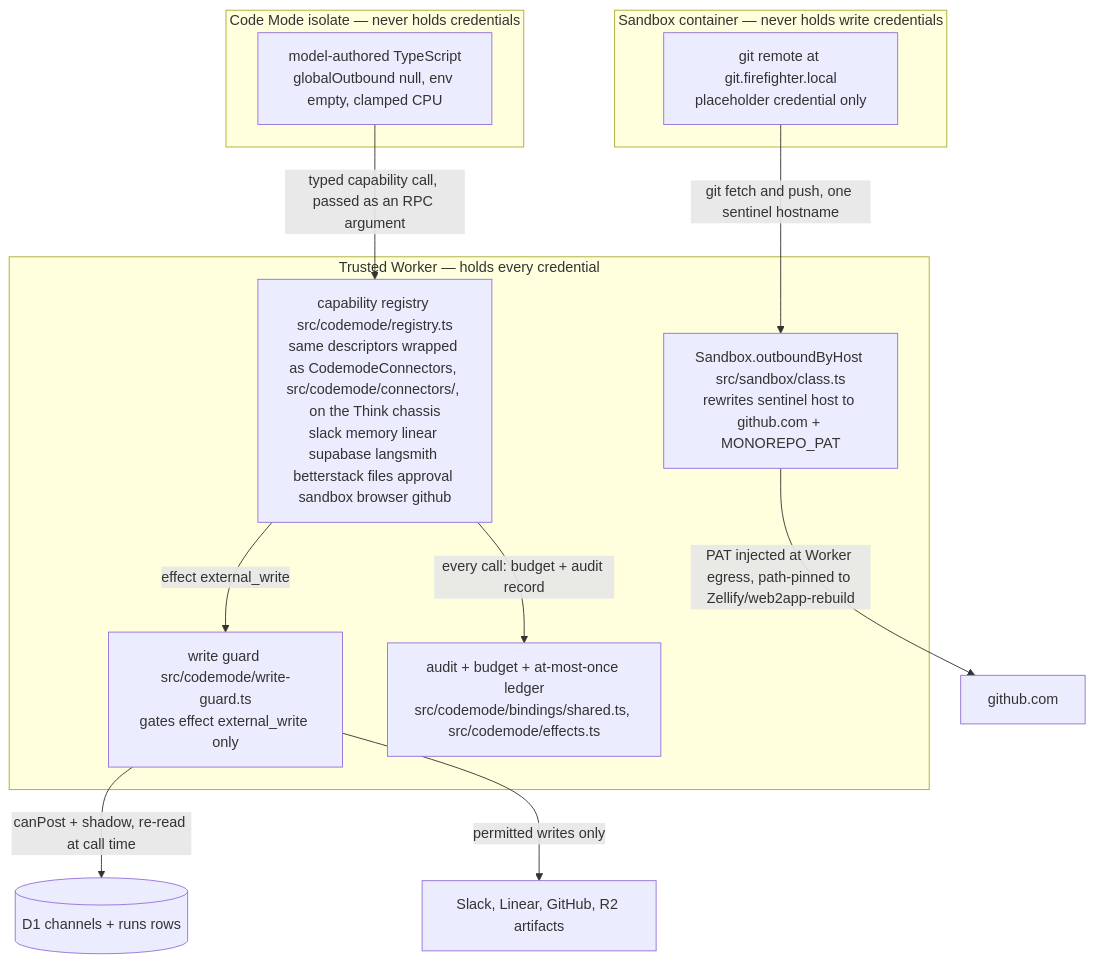
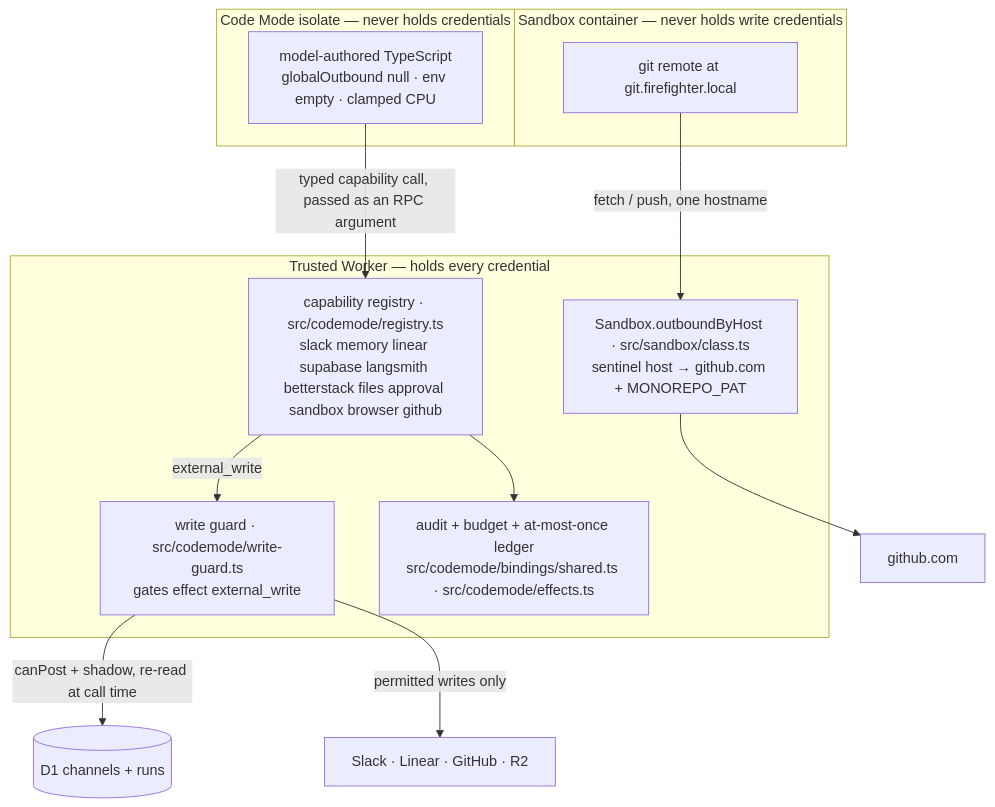
The third of 3 diagrams in README.md (sayandedotcom/ai-slack-bot), drawn with Mermaid before and after one commit. The commit also changed other lines of this file, not shown here.

````diff
--- a/README.md
+++ b/README.md
@@ -184,22 +102,22 @@
 ```mermaid
 flowchart TB
   subgraph WORKER["Trusted Worker — holds every credential"]
-    REG["capability registry src/codemode/registry.ts<br/>same descriptors wrapped as CodemodeConnectors, src/codemode/connectors/, on the Think chassis<br/>slack memory linear supabase langsmith betterstack files approval sandbox browser github"]
-    GUARD["write guard src/codemode/write-guard.ts<br/>gates effect external_write only"]
-    LEDGER["audit + budget + at-most-once ledger<br/>src/codemode/bindings/shared.ts, src/codemode/effects.ts"]
-    SWAP["Sandbox.outboundByHost src/sandbox/class.ts<br/>rewrites sentinel host to github.com + MONOREPO_PAT"]
+    REG["capability registry · src/codemode/registry.ts<br/>slack memory linear supabase langsmith betterstack files approval sandbox browser github"]
+    GUARD["write guard · src/codemode/write-guard.ts<br/>gates effect external_write"]
+    LEDGER["audit + budget + at-most-once ledger<br/>src/codemode/bindings/shared.ts · src/codemode/effects.ts"]
+    SWAP["Sandbox.outboundByHost · src/sandbox/class.ts<br/>sentinel host → github.com + MONOREPO_PAT"]
   end
   subgraph ISO["Code Mode isolate — never holds credentials"]
-    CODE["model-authored TypeScript<br/>globalOutbound null, env empty, clamped CPU"]
+    CODE["model-authored TypeScript<br/>globalOutbound null · env empty · clamped CPU"]
   end
   subgraph BOX["Sandbox container — never holds write credentials"]
-    GIT["git remote at git.firefighter.local<br/>placeholder credential only"]
+    GIT["git remote at git.firefighter.local"]
   end
   CODE -->|"typed capability call, passed as an RPC argument"| REG
-  REG -->|"every call: budget + audit record"| LEDGER
-  REG -->|"effect external_write"| GUARD
-  GUARD -->|"canPost + shadow, re-read at call time"| D1[("D1 channels + runs rows")]
-  GUARD -->|"permitted writes only"| VENDORS["Slack, Linear, GitHub, R2 artifacts"]
-  GIT -->|"git fetch and push, one sentinel hostname"| SWAP
-  SWAP -->|"PAT injected at Worker egress, path-pinned to Zellify/web2app-rebuild"| GH["github.com"]
+  REG --> LEDGER
+  REG -->|"external_write"| GUARD
+  GUARD -->|"canPost + shadow, re-read at call time"| D1[("D1 channels + runs")]
+  GUARD -->|"permitted writes only"| VENDORS["Slack · Linear · GitHub · R2"]
+  GIT -->|"fetch / push, one hostname"| SWAP
+  SWAP --> GH["github.com"]
 ```
````
